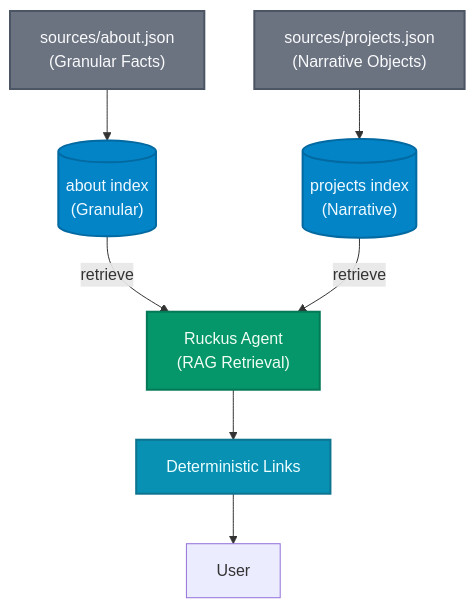
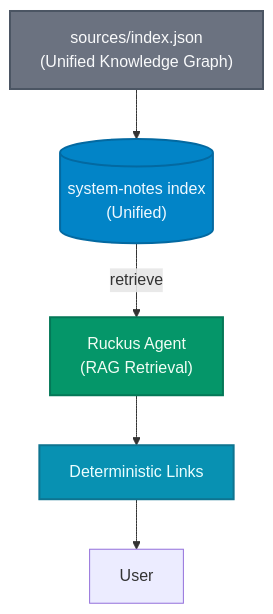
The diagram in apps/api/algolia/diagrams/system-flow.md (anchildress1/system-notes), drawn with Mermaid before and after one commit. The commit also changed 9 other files, not shown here.

First line of the commit message:
feat(algolia): unify index to 'system-notes' with deploy script

````diff
--- a/apps/api/algolia/diagrams/system-flow.md
+++ b/apps/api/algolia/diagrams/system-flow.md
@@ -5,36 +5,31 @@
 ```mermaid
 graph TB
     accTitle: Algolia System Data Flow
     accDescr: Data flow showing how the Python script enriches JSON data with graph context before indexing
 
     %% Data sources
-    AboutJSON["sources/about.json<br/>(Granular Facts)"]:::source
-    ProjectsJSON["sources/projects.json<br/>(Narrative Objects)"]:::source
+    UnifiedJSON["sources/index.json<br/>(Unified Knowledge Graph)"]:::source
 
     %% Algolia indices
-    AboutIndex[("about index<br/>(Granular)")]:::index
-    ProjectsIndex[("projects index<br/>(Narrative)")]:::index
+    UnifiedIndex[("system-notes index<br/>(Unified)")]:::index
 
     %% Retrieval
     Ruckus["Ruckus Agent<br/>(RAG Retrieval)"]:::agent
 
     %% Link generation
     Links["Deterministic Links"]:::output
 
     %% Flow
-    ProjectsJSON --> ProjectsIndex
-    AboutJSON --> AboutIndex
-
-    AboutIndex -->|retrieve| Ruckus
-    ProjectsIndex -->|retrieve| Ruckus
+    UnifiedJSON --> UnifiedIndex
+    UnifiedIndex -->|retrieve| Ruckus
 
     Ruckus --> Links
     Links --> User
 
     %% Styles
     classDef source fill:#6b7280,stroke:#4b5563,stroke-width:2px,color:#f9fafb
     classDef process fill:#7c3aed,stroke:#6d28d9,stroke-width:2px,color:#faf5ff
     classDef index fill:#0284c7,stroke:#0369a1,stroke-width:2px,color:#f0f9ff
     classDef agent fill:#059669,stroke:#047857,stroke-width:2px,color:#f0fdf4
     classDef output fill:#0891b2,stroke:#0e7490,stroke-width:2px,color:#ecfeff
 ```
````
